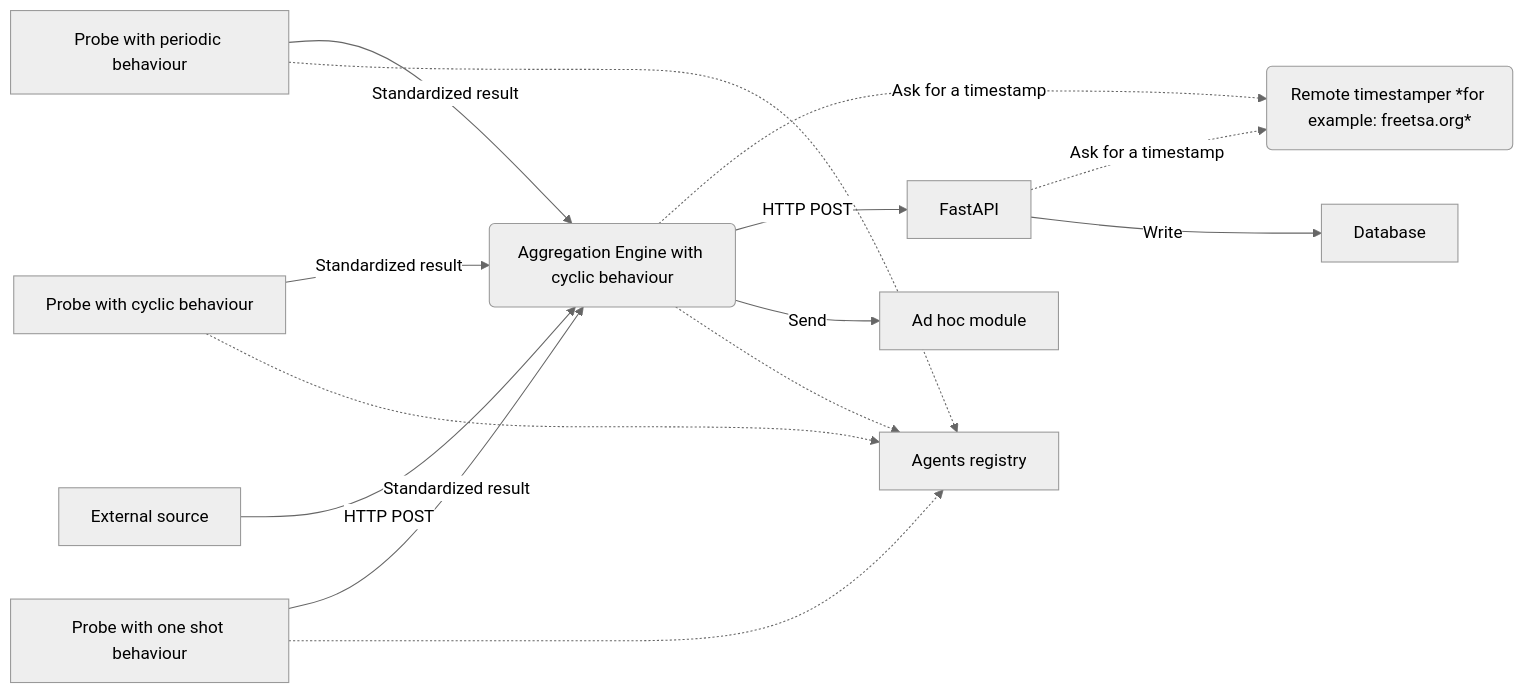
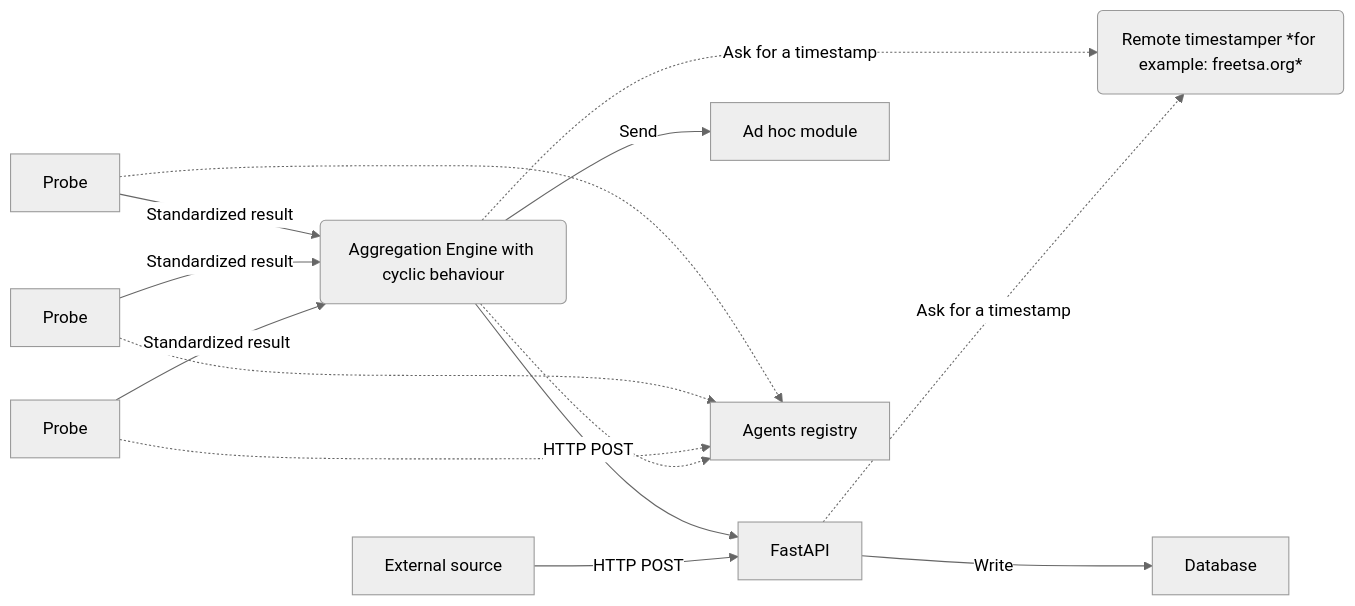
One commit to scandale-project/scandale changed the diagram in README.md. Above: the diagram before and after it, drawn with Mermaid (neutral theme).

Commit message:
chg: [documentation] Simplified flowchart.

````diff
--- a/README.md
+++ b/README.md
@@ -26,20 +26,20 @@
 ```mermaid
 flowchart LR
 
-P[Probe with periodic behaviour] -->|Standardized result| A(Aggregation Engine with cyclic behaviour)
-P1[Probe with cyclic behaviour] -->|Standardized result| A
-P2[Probe with one shot behaviour] -->|Standardized result| A
-E[External source] -->|HTTP POST| A
+P[Probe] -->|Standardized result| A(Aggregation Engine with cyclic behaviour)
+P1[Probe] -->|Standardized result| A
+P2[Probe] -->|Standardized result| A
 
 A -.->|Ask for a timestamp| RTS(Remote timestamper *for example: freetsa.org*)
 
 A -->|HTTP POST| B[FastAPI]
 A -->|Send| M[Ad hoc module]
 B -.->|Ask for a timestamp| RTS
 B -->|Write| G[Database]
+E[External source] -->|HTTP POST| B
 
 P -.-> H[Agents registry]
 P1 -.-> H
 P2 -.-> H
 A -.-> H
 ```
````
